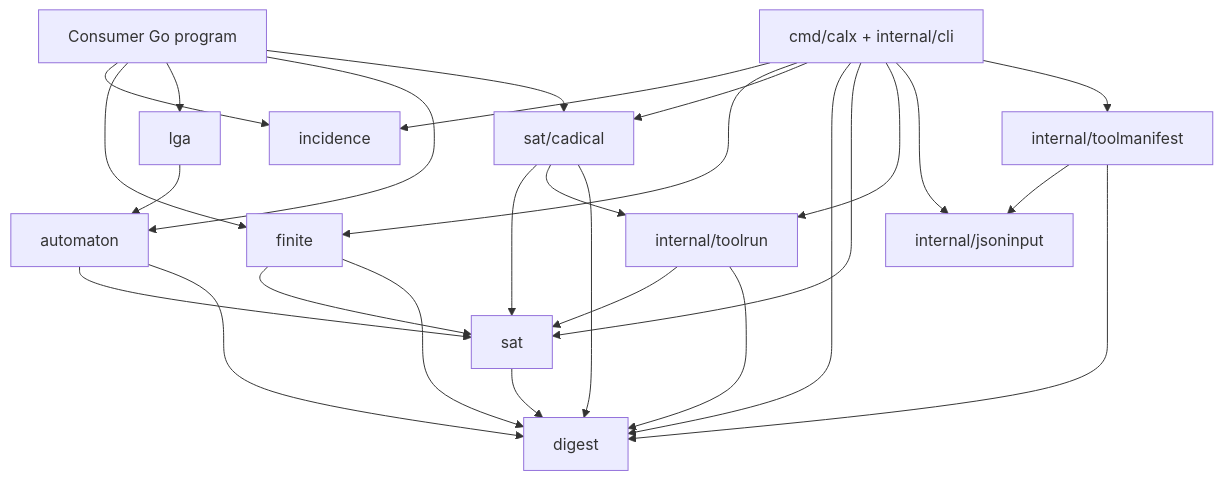
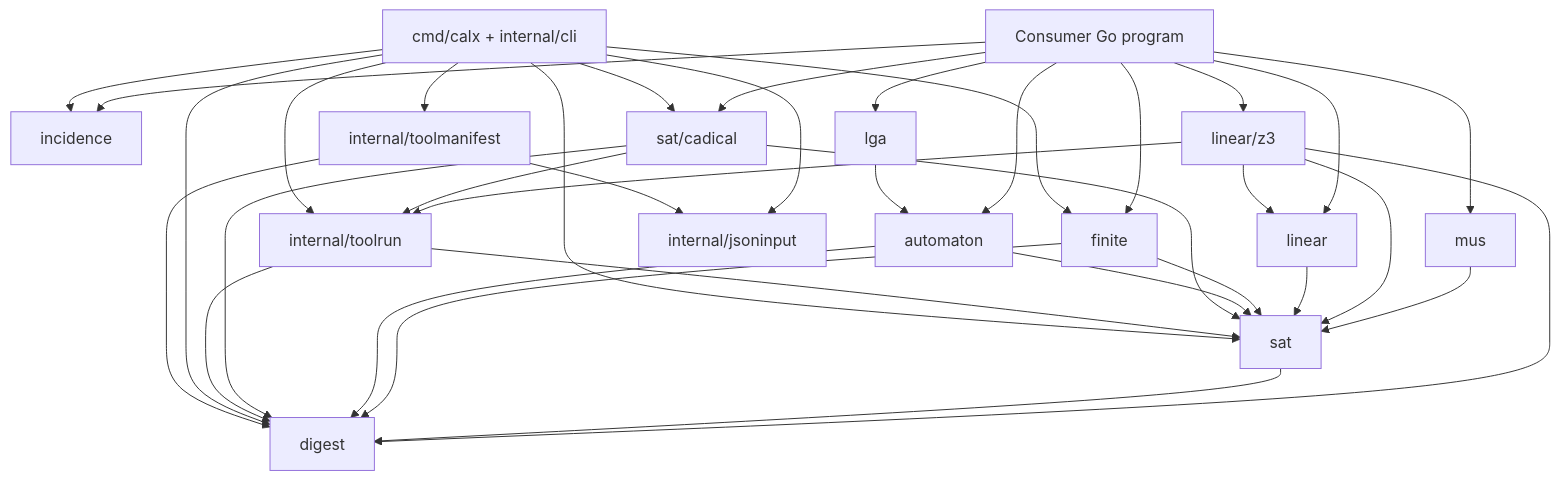
Before and after one commit to Yui-Qi-Tang/calx: the first of 3 diagrams in docs/architecture.md, drawn with Mermaid. The commit also changed other lines of this file and 11 other files, not shown here.

Commit message:
docs: document mus and linear with primers and diagrams

````diff
--- a/docs/architecture.md
+++ b/docs/architecture.md
@@ -30,29 +31,38 @@
 ```mermaid
 flowchart TD
     Consumer["Consumer Go program"] --> Incidence["incidence"]
     Consumer --> Finite["finite"]
     Consumer --> LGA["lga"]
     Consumer --> Automaton["automaton"]
     LGA --> Automaton
     Consumer --> Cadical["sat/cadical"]
+    Consumer --> MUS["mus"]
+    Consumer --> Z3["linear/z3"]
+    Consumer --> Linear["linear"]
+    MUS --> SAT
+    Z3 --> Linear
+    Z3 --> SAT
+    Linear --> SAT
+    Z3 --> Toolrun
+    Z3 --> Digest
     CLI["cmd/calx + internal/cli"] --> Incidence
     CLI --> Finite
     CLI --> Cadical
     Finite --> SAT["sat"]
     Automaton --> SAT
     Cadical --> SAT
     Cadical --> Toolrun["internal/toolrun"]
     Toolrun --> SAT
     SAT --> Digest["digest"]
     Finite --> Digest
     Automaton --> Digest
     Cadical --> Digest
     Toolrun --> Digest
     CLI --> Digest
     CLI --> SAT
     CLI --> Toolrun
     CLI --> JSONInput["internal/jsoninput"]
     CLI --> Manifest["internal/toolmanifest"]
     Manifest --> JSONInput
     Manifest --> Digest
 ```
````
